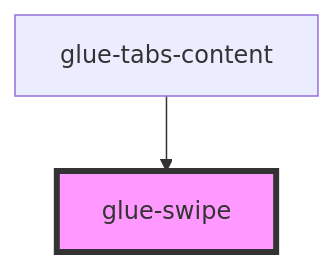
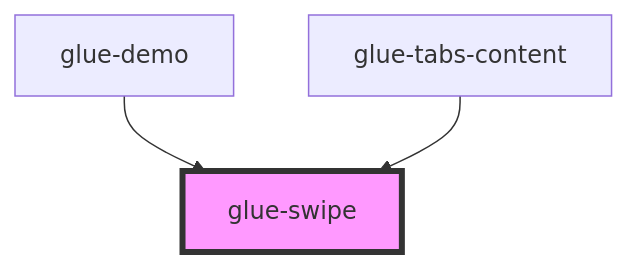
Before and after one commit to grasilife/glue: the diagram in packages/glue-components/src/components/glue-swipe/readme.md, drawn with Mermaid. The commit also changed other lines of this file and 7 other files, not shown here.

````diff
--- a/packages/glue-components/src/components/glue-swipe/readme.md
+++ b/packages/glue-components/src/components/glue-swipe/readme.md
@@ -33,5 +74,6 @@
 ```mermaid
 graph TD;
+  glue-demo --> glue-swipe
   glue-tabs-content --> glue-swipe
   style glue-swipe fill:#f9f,stroke:#333,stroke-width:4px
 ```
````
